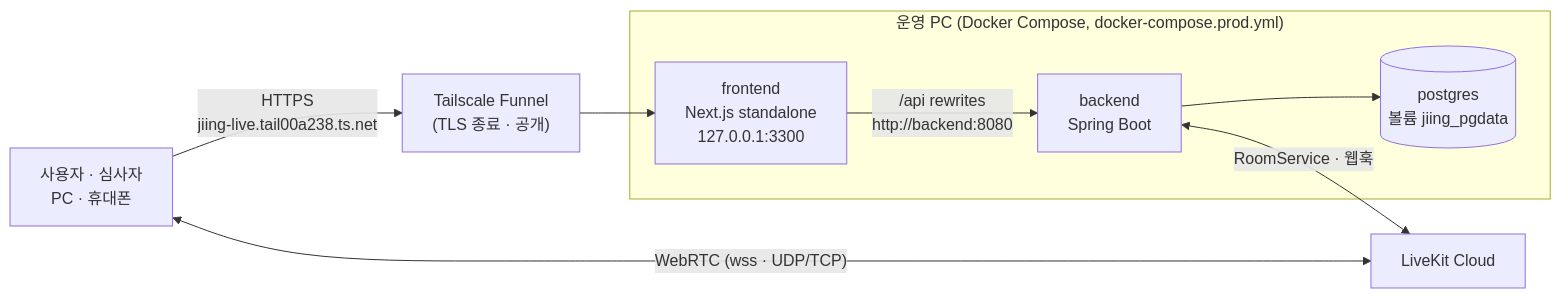
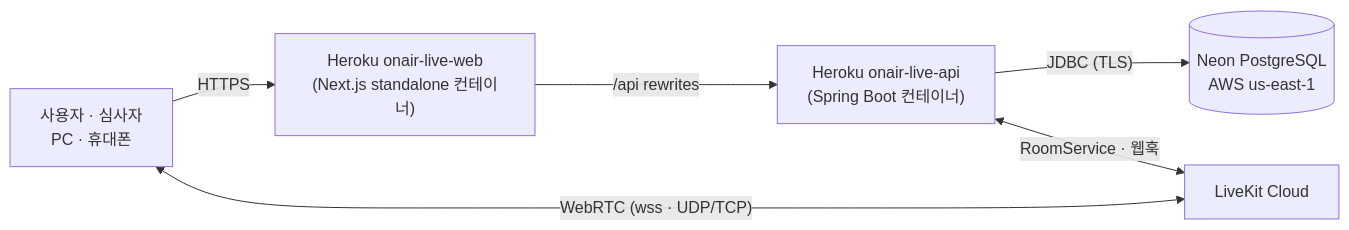
Before and after one commit to codes-gy/live-platform: the fifth of 5 diagrams in docs/ARCHITECTURE.md, drawn with Mermaid. The commit also changed other lines of this file and 4 other files, not shown here.

Commit message:
docs: 운영을 Heroku + Neon PostgreSQL로, 자체 호스팅은 대안으로 (#14)

````diff
--- a/docs/ARCHITECTURE.md
+++ b/docs/ARCHITECTURE.md
@@ -191,14 +191,8 @@
 ```mermaid
 flowchart LR
-    U["사용자 · 심사자<br/>PC · 휴대폰"] -- "HTTPS<br/>jiing-live.tail00a238.ts.net" --> TS["Tailscale Funnel<br/>(TLS 종료 · 공개)"]
-    subgraph Host["운영 PC (Docker Compose, docker-compose.prod.yml)"]
-        FE["frontend<br/>Next.js standalone<br/>127.0.0.1:3300"]
-        BE["backend<br/>Spring Boot"]
-        PG[("postgres<br/>볼륨 jiing_pgdata")]
-    end
-    TS --> FE
-    FE -- "/api rewrites<br/>http://backend:8080" --> BE
-    BE --> PG
+    U["사용자 · 심사자<br/>PC · 휴대폰"] -- HTTPS --> FE["Heroku onair-live-web<br/>(Next.js standalone 컨테이너)"]
+    FE -- "/api rewrites" --> BE["Heroku onair-live-api<br/>(Spring Boot 컨테이너)"]
+    BE -- "JDBC (TLS)" --> PG[("Neon PostgreSQL<br/>AWS us-east-1")]
     BE <-- "RoomService · 웹훅" --> LK["LiveKit Cloud"]
     U <-- "WebRTC (wss · UDP/TCP)" --> LK
 ```
````
